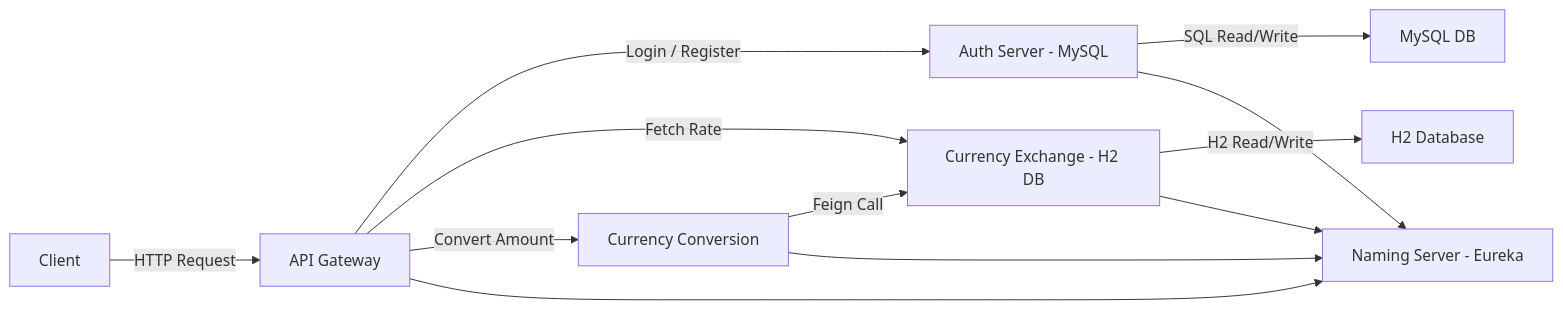
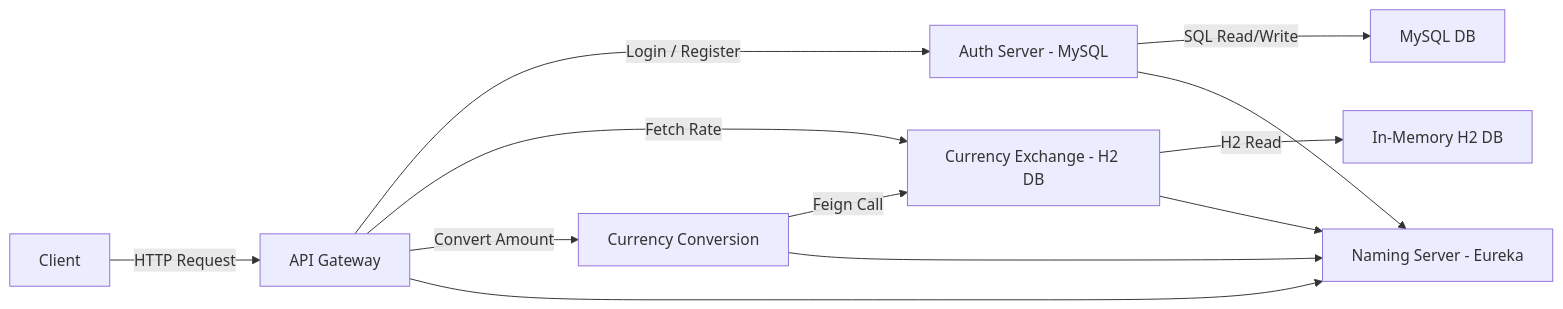
One commit to sumanthgm-a4/Microservices-with-Spring-Cloud changed the diagram in README.md. Above: the diagram before and after it, drawn with Mermaid.

Commit message:
modified the README.md file

````diff
--- a/README.md
+++ b/README.md
@@ -82,17 +82,17 @@
 ```mermaid
 flowchart LR
     Client -->|HTTP Request| API_Gateway[API Gateway]
 
     API_Gateway -->|Login / Register| Auth_Server[Auth Server - MySQL]
     API_Gateway -->|Fetch Rate| Currency_Exchange[Currency Exchange - H2 DB]
     API_Gateway -->|Convert Amount| Currency_Conversion[Currency Conversion]
 
     Currency_Conversion -->|Feign Call| Currency_Exchange
     Auth_Server -->|SQL Read/Write| MySQL[MySQL DB]
-    Currency_Exchange -->|H2 Read/Write| H2[H2 Database]
+    Currency_Exchange -->|H2 Read| H2[In-Memory H2 DB]
 
     API_Gateway --> Eureka[Naming Server - Eureka]
     Currency_Exchange --> Eureka
     Currency_Conversion --> Eureka
     Auth_Server --> Eureka
 ```
````
